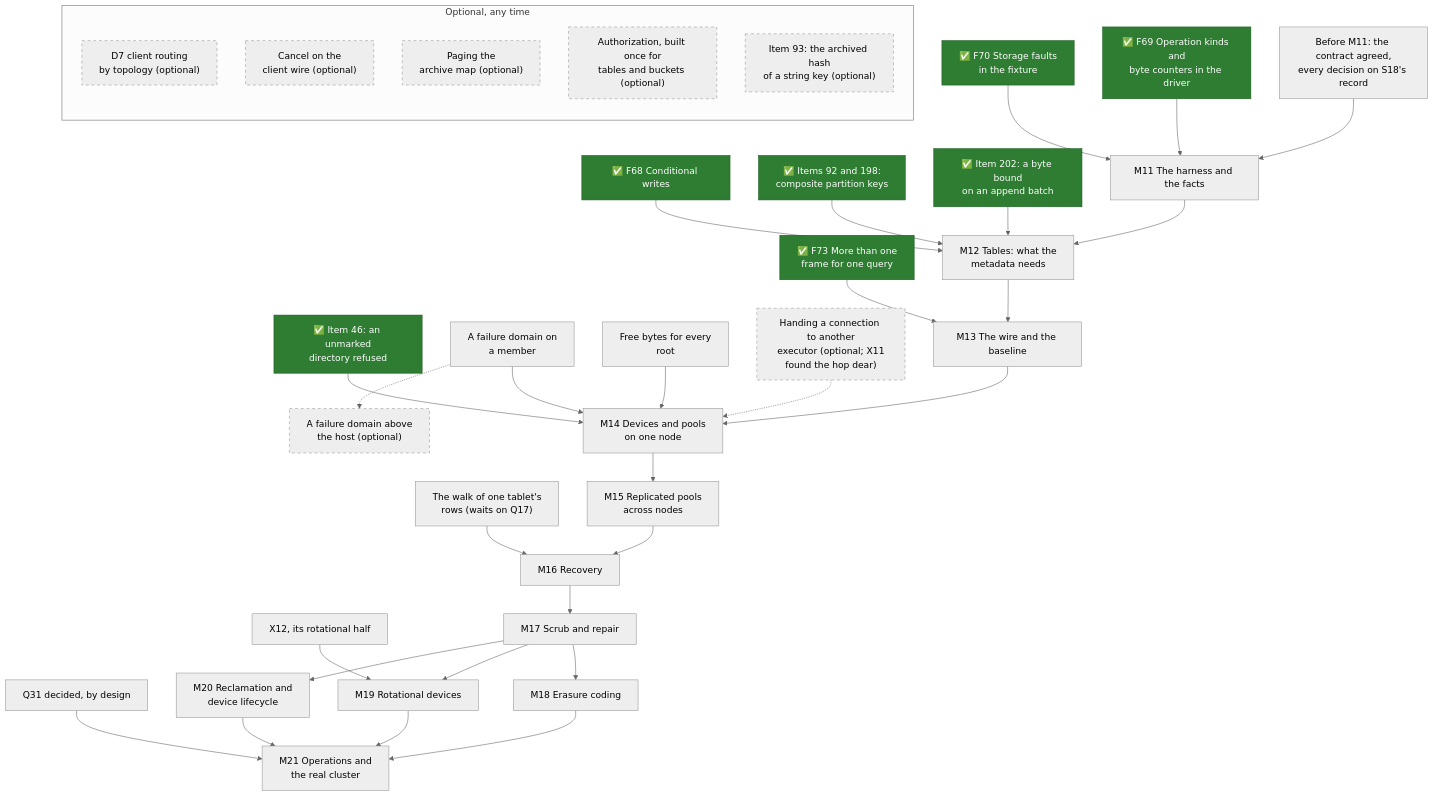
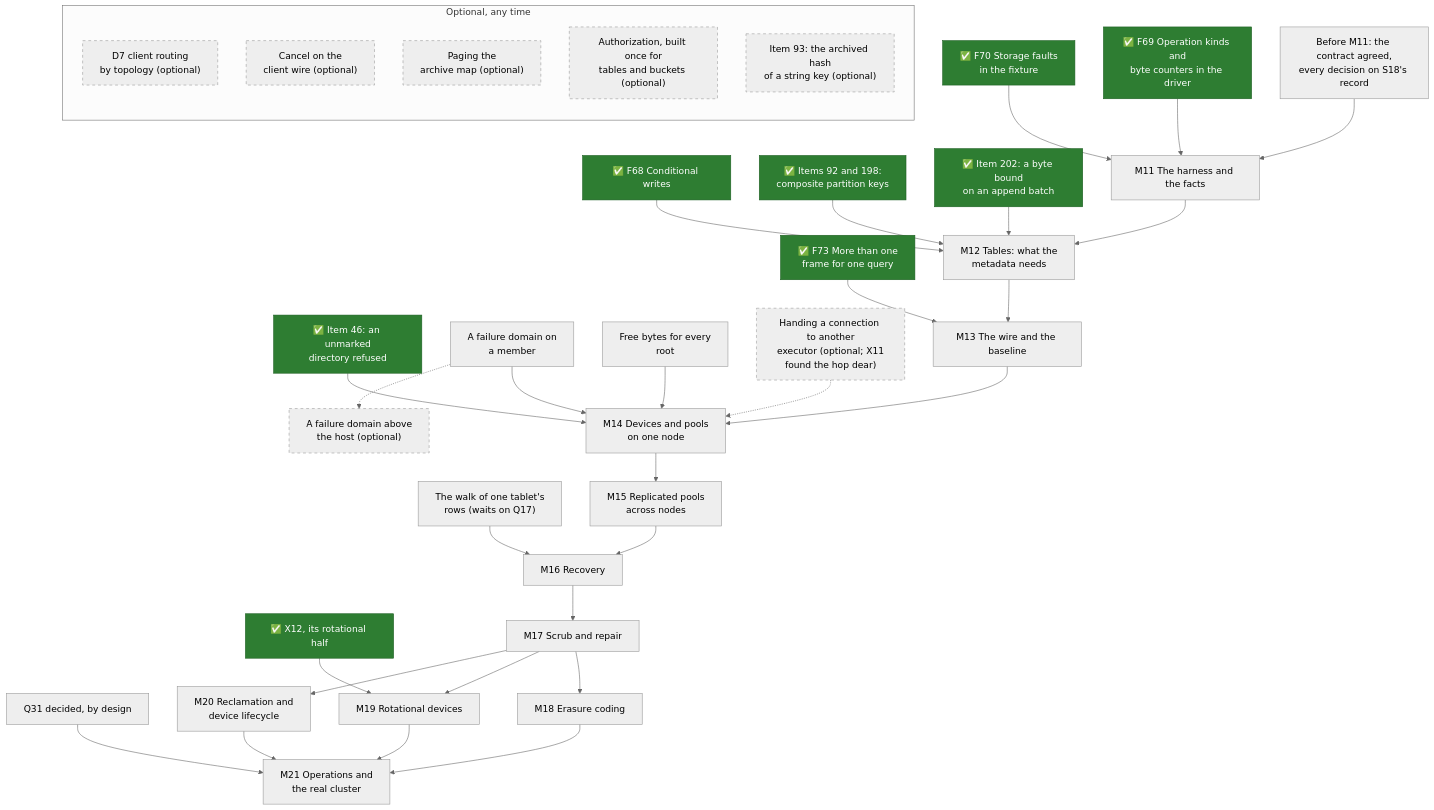
Before and after one commit to mjcarson/shoal: the second of 2 diagrams in docs/src/object-storage/whats-left-todo.md, drawn with Mermaid (neutral theme). The commit also changed other lines of this file and 190 other files, not shown here.

````diff
--- a/docs/src/object-storage/whats-left-todo.md
+++ b/docs/src/object-storage/whats-left-todo.md
@@ -115,57 +118,57 @@
 ```mermaid
 flowchart TB
     classDef done fill:#2e7d32,stroke:#1b5e20,color:#ffffff
     classDef optional stroke-dasharray: 5 5
     Gate["Before M11: the contract agreed,<br>every decision on S18's record"]
     F69["✅ F69 Operation kinds and<br>byte counters in the driver"]:::done
     F70["✅ F70 Storage faults<br>in the fixture"]:::done
     F68["✅ F68 Conditional writes"]:::done
     I198["✅ Items 92 and 198:<br>composite partition keys"]:::done
     I202["✅ Item 202: a byte bound<br>on an append batch"]:::done
     I46["✅ Item 46: an unmarked<br>directory refused"]:::done
     Frames["✅ F73 More than one<br>frame for one query"]:::done
     Domain["A failure domain on<br>a member"]
     Free["Free bytes for every<br>root"]
     Walk["The walk of one tablet's<br>rows (waits on Q17)"]
     Handoff["Handing a connection to another<br>executor (optional; X11<br>found the hop dear)"]:::optional
     Rack["A failure domain above<br>the host (optional)"]:::optional
-    X12r["X12, its rotational half"]
+    X12r["✅ X12, its rotational half"]:::done
     Q31["Q31 decided, by design"]
     M11["M11 The harness and the facts"]
     M12["M12 Tables: what the<br>metadata needs"]
     M13["M13 The wire and the baseline"]
     M14["M14 Devices and pools<br>on one node"]
     M15["M15 Replicated pools<br>across nodes"]
     M16["M16 Recovery"]
     M17["M17 Scrub and repair"]
     M18["M18 Erasure coding"]
     M19["M19 Rotational devices"]
     M20["M20 Reclamation and<br>device lifecycle"]
     M21["M21 Operations and<br>the real cluster"]
     Gate --> M11 --> M12 --> M13 --> M14 --> M15 --> M16 --> M17
     M17 --> M18 --> M21
     M17 --> M19 --> M21
     M17 --> M20 --> M21
     F69 --> M11
     F70 --> M11
     F68 --> M12
     I198 --> M12
     I202 --> M12
     Frames --> M13
     I46 --> M14
     Domain --> M14
     Free --> M14
     Handoff -.-> M14
     Domain -.-> Rack
     Walk --> M16
     X12r --> M19
     Q31 --> M21
     subgraph anytime["Optional, any time"]
         direction TB
         D7["D7 client routing<br>by topology (optional)"]:::optional
         Cancel["Cancel on the<br>client wire (optional)"]:::optional
         Paging["Paging the<br>archive map (optional)"]:::optional
         Authz["Authorization, built once for<br>tables and buckets (optional)"]:::optional
         I93["Item 93: the archived hash<br>of a string key (optional)"]:::optional
     end
 ```
````
